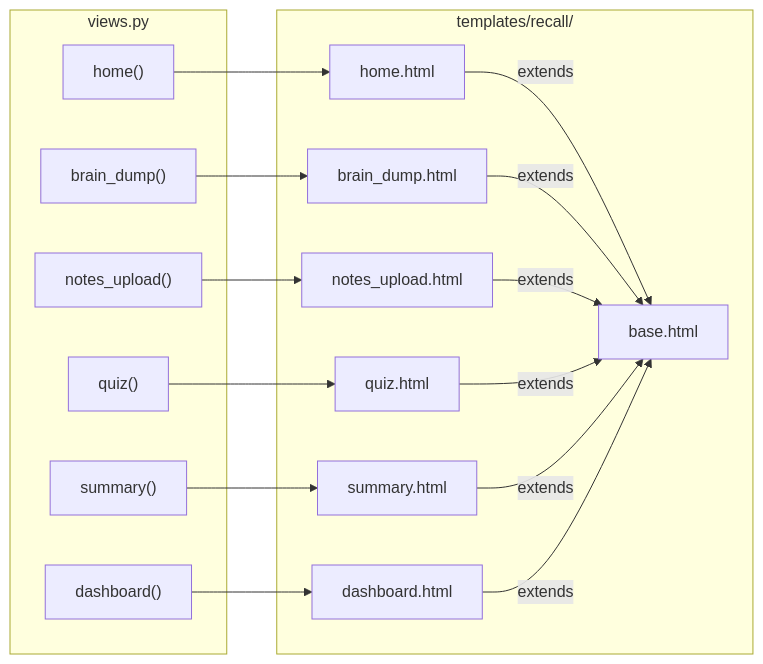
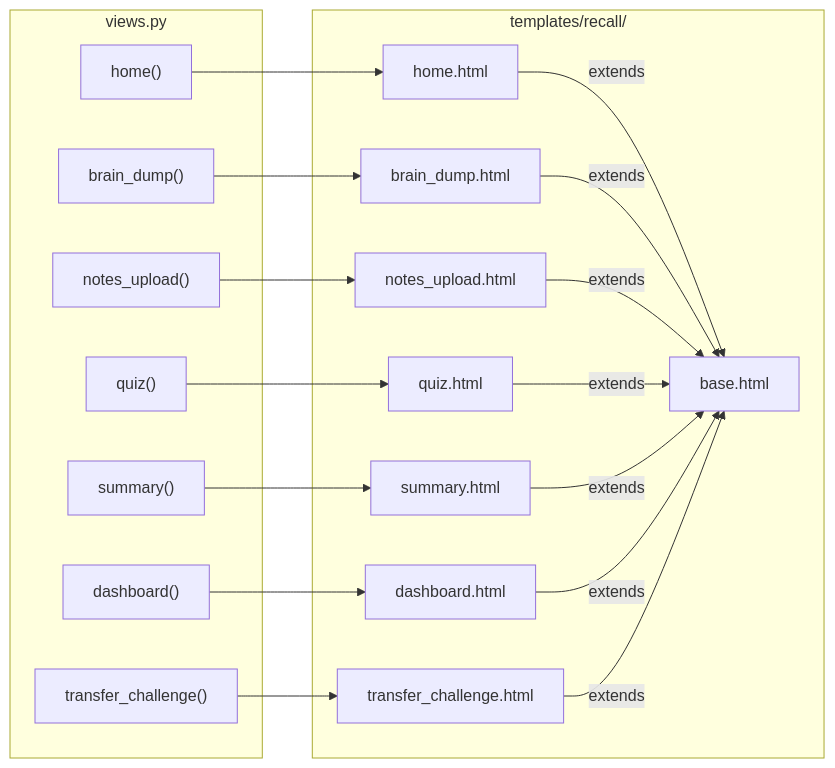
One commit to ChenMel27/adaptive-recall-engine changed the second of 2 diagrams in docs/url-routes.md. Above: the diagram before and after it, drawn with Mermaid. The commit also changed other lines of this file and 14 other files, not shown here.

````diff
--- a/docs/url-routes.md
+++ b/docs/url-routes.md
@@ -61,35 +75,39 @@
 ```mermaid
 graph LR
     subgraph Views["views.py"]
         V1["home()"]
         V2["brain_dump()"]
         V3["notes_upload()"]
         V4["quiz()"]
         V5["summary()"]
         V6["dashboard()"]
+        V7["transfer_challenge()"]
     end
 
     subgraph Templates["templates/recall/"]
         T0["base.html"]
         T1["home.html"]
         T2["brain_dump.html"]
         T3["notes_upload.html"]
         T4["quiz.html"]
         T5["summary.html"]
         T6["dashboard.html"]
+        T7["transfer_challenge.html"]
     end
 
     V1 --> T1
     V2 --> T2
     V3 --> T3
     V4 --> T4
     V5 --> T5
     V6 --> T6
+    V7 --> T7
 
     T1 -->|extends| T0
     T2 -->|extends| T0
     T3 -->|extends| T0
     T4 -->|extends| T0
     T5 -->|extends| T0
     T6 -->|extends| T0
+    T7 -->|extends| T0
 ```
````
